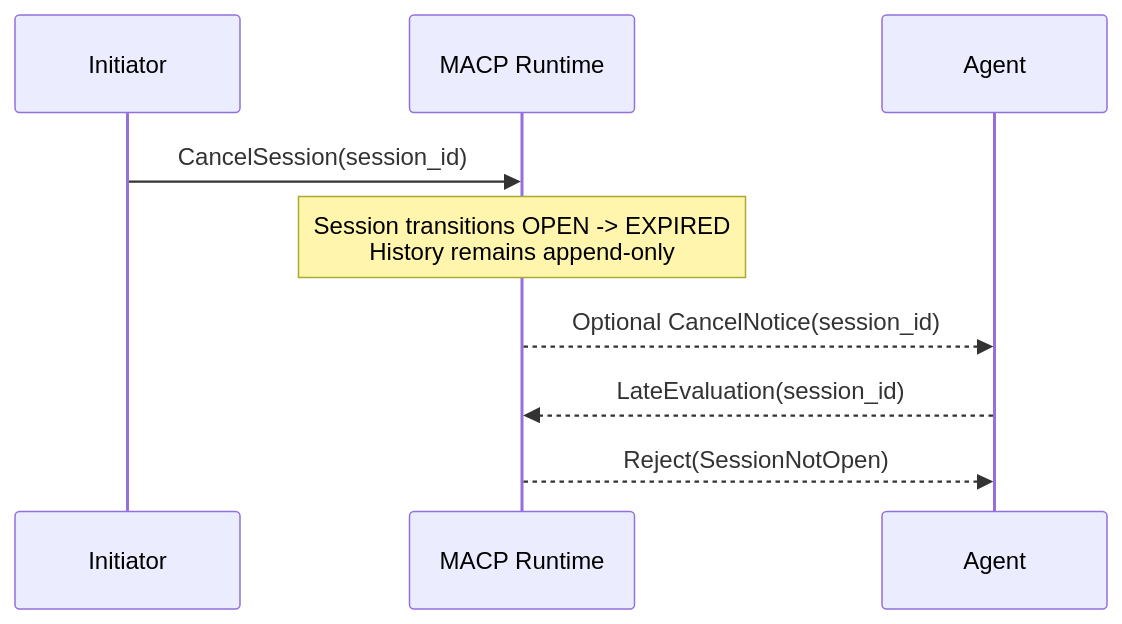
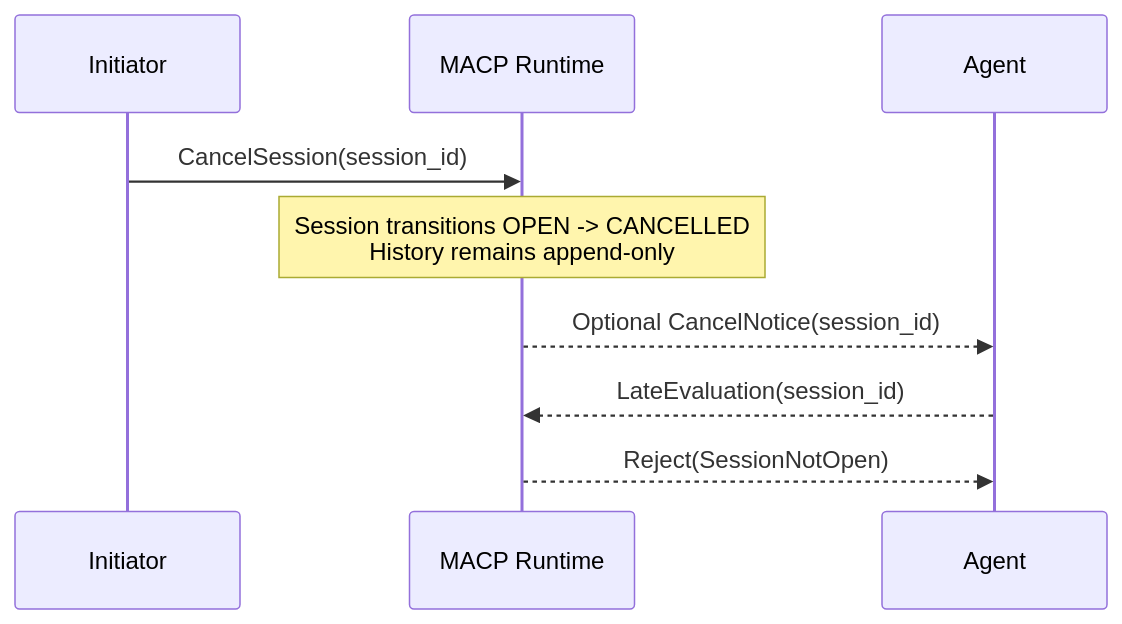
Before and after one commit to multiagentcoordinationprotocol/multiagentcoordinationprotocol: the sixth of 6 diagrams in docs/architecture.md, drawn with Mermaid. The commit also changed 19 other files, not shown here.

````diff
--- a/docs/architecture.md
+++ b/docs/architecture.md
@@ -531,14 +531,14 @@
 ```mermaid
 sequenceDiagram
   participant I as Initiator
   participant K as MACP Runtime
   participant A as Agent
 
   I->>K: CancelSession(session_id)
-  Note over K: Session transitions OPEN -> EXPIRED<br/>History remains append-only
+  Note over K: Session transitions OPEN -> CANCELLED<br/>History remains append-only
 
   K-->>A: Optional CancelNotice(session_id)
 
   A-->>K: LateEvaluation(session_id)
   K-->>A: Reject(SessionNotOpen)
 ```
````
